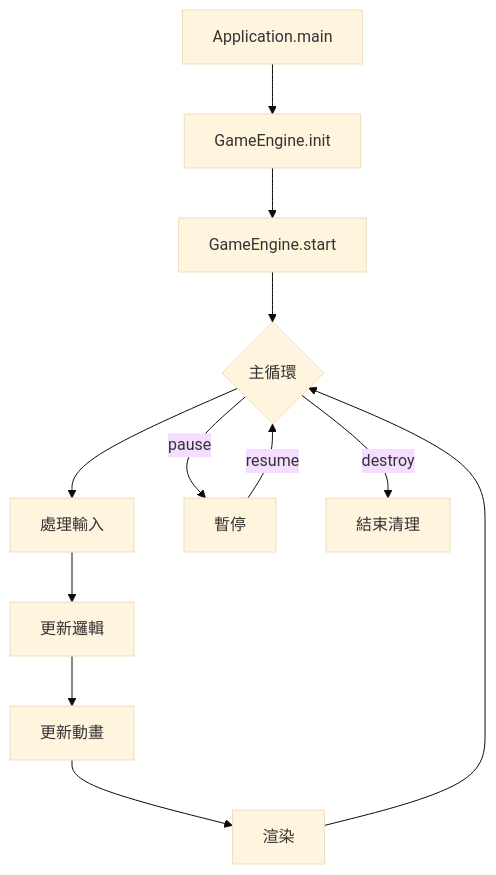
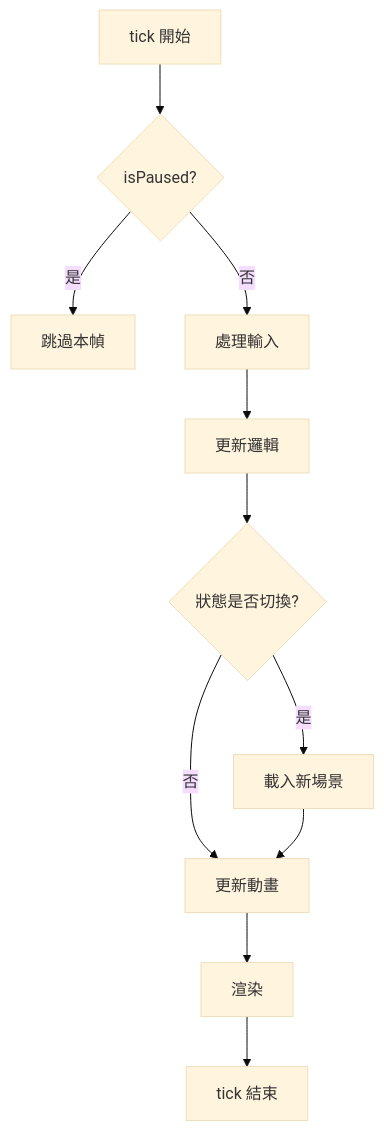
Before and after one commit to igs-shengchuanwang/codereview-system: the second of 2 diagrams in review-system/schema/concept-example.md, drawn with Mermaid (base theme). The commit also changed other lines of this file and 3 other files, not shown here.

Commit message:
update review-system/schema

````diff
--- a/review-system/schema/concept-example.md
+++ b/review-system/schema/concept-example.md
@@ -28,14 +65,13 @@
 ```mermaid
 flowchart TD
-    A[Application.main] --> B[GameEngine.init]
-    B --> C[GameEngine.start]
-    C --> D{主循環}
-    D --> E[處理輸入]
-    E --> F[更新邏輯]
-    F --> G[更新動畫]
+    A[tick 開始] --> B{isPaused?}
+    B -->|是| Z[跳過本幀]
+    B -->|否| C[處理輸入]
+    C --> D[更新邏輯]
+    D --> E{狀態是否切換?}
+    E -->|是| F[載入新場景]
+    E -->|否| G[更新動畫]
+    F --> G
     G --> H[渲染]
-    H --> D
-    D -->|pause| I[暫停]
-    I -->|resume| D
-    D -->|destroy| J[結束清理]
+    H --> I[tick 結束]
 ```
````
